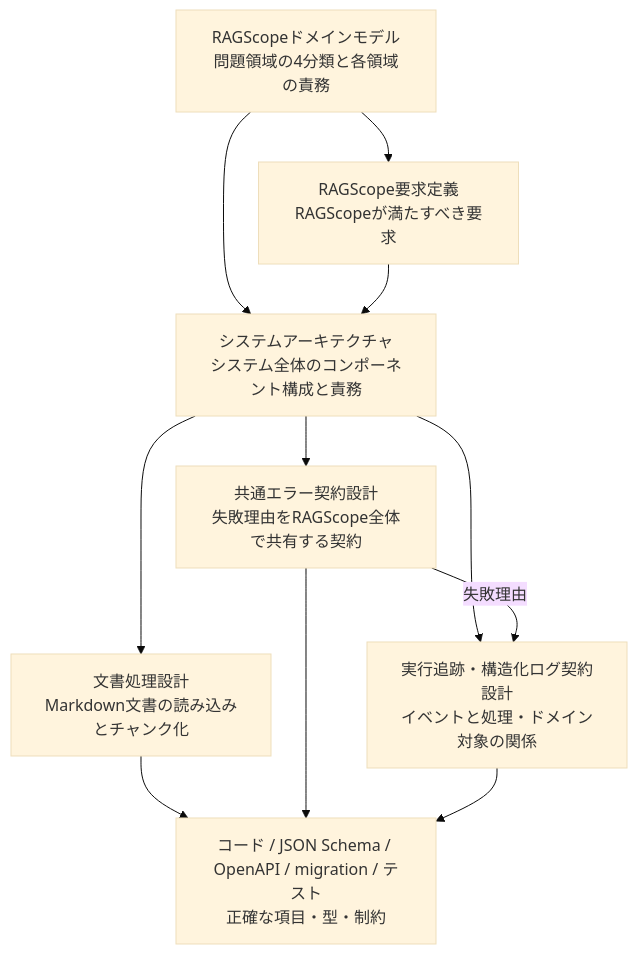
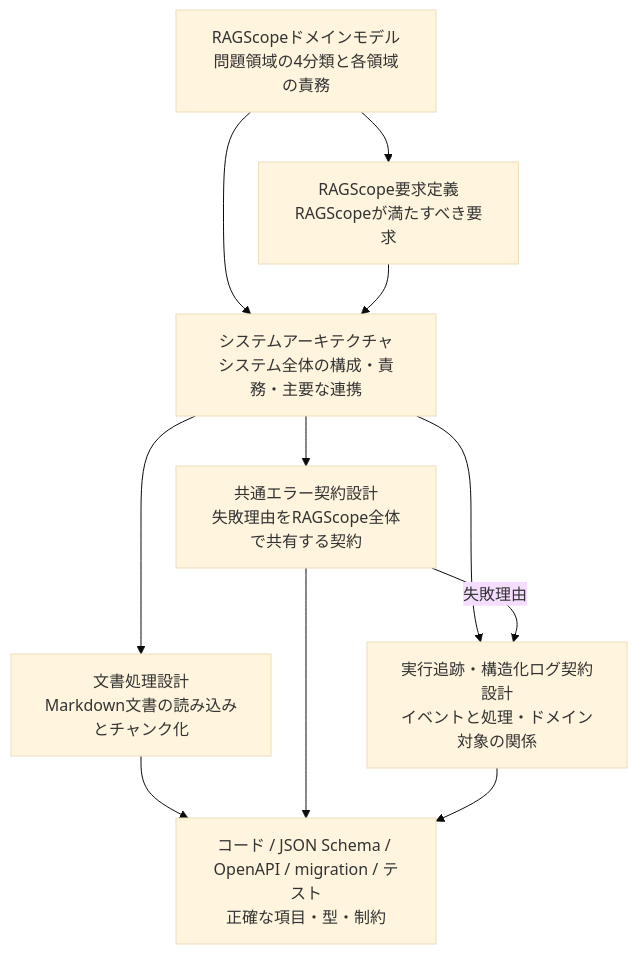
Before and after one commit to takashit16833/RAGScope: the diagram in project-docs/design/README.md, drawn with Mermaid (base theme). The commit also changed other lines of this file and 4 other files, not shown here.

````diff
--- a/project-docs/design/README.md
+++ b/project-docs/design/README.md
@@ -18,25 +18,25 @@
 ```mermaid
 flowchart TD
     Domain["RAGScopeドメインモデル<br>問題領域の4分類と各領域の責務"]
     Requirements["RAGScope要求定義<br>RAGScopeが満たすべき要求"]
-    Architecture["システムアーキテクチャ<br>システム全体のコンポーネント構成と責務"]
+    Architecture["システムアーキテクチャ<br>システム全体の構成・責務・主要な連携"]
 
     Document["文書処理設計<br>Markdown文書の読み込みとチャンク化"]
     Error["共通エラー契約設計<br>失敗理由をRAGScope全体で共有する契約"]
     Logging["実行追跡・構造化ログ契約設計<br>イベントと処理・ドメイン対象の関係"]
 
     Machine["コード / JSON Schema / OpenAPI / migration / テスト<br>正確な項目・型・制約"]
 
     Domain --> Requirements
     Domain --> Architecture
     Requirements --> Architecture
     Architecture --> Document
     Architecture --> Error
     Architecture --> Logging
 
     Error -->|"失敗理由"| Logging
 
     Document --> Machine
     Error --> Machine
     Logging --> Machine
 ```
````
